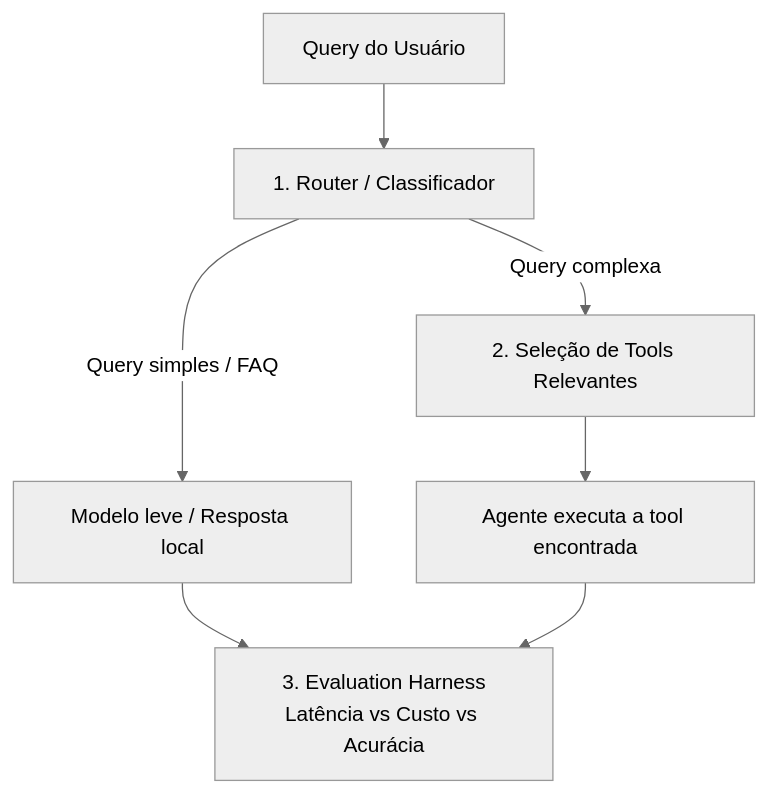
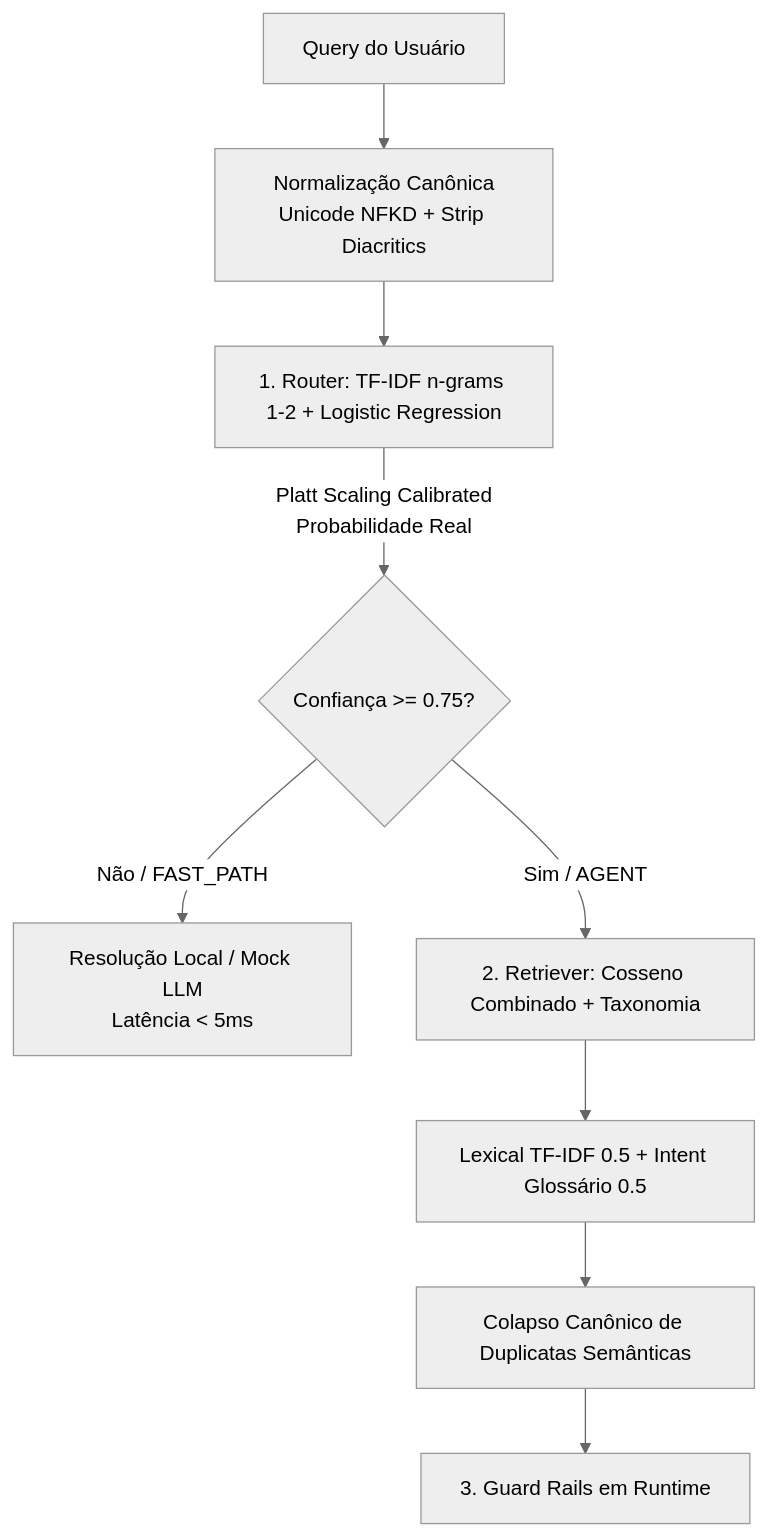
One commit to issei/case-agents changed the first of 3 diagrams in README.md. Above: the diagram before and after it, drawn with Mermaid (neutral theme). The commit also changed other lines of this file and 1 other file, not shown here.

````diff
--- a/README.md
+++ b/README.md
@@ -25,9 +70,13 @@
 ```mermaid
 flowchart TD
-    A[Query do Usuário] --> B[1. Router / Classificador]
-    B -->|Query simples / FAQ| C[Modelo leve / Resposta local]
-    B -->|Query complexa| D[2. Seleção de Tools Relevantes]
-    D --> E[Agente executa a tool encontrada]
-    C --> F[3. Evaluation Harness<br/>Latência vs Custo vs Acurácia]
-    E --> F
+    Q[Query do Usuário] --> N[Normalização Canônica<br/>Unicode NFKD + Strip Diacritics]
+    N --> R[1. Router: TF-IDF n-grams 1-2 + Logistic Regression]
+    R -->|Platt Scaling Calibrated<br/>Probabilidade Real| C{Confiança >= 0.75?}
+
+    C -->|Não / FAST_PATH| FP[Resolução Local / Mock LLM<br/>Latência < 5ms]
+    C -->|Sim / AGENT| RET[2. Retriever: Cosseno Combinado + Taxonomia]
+
+    RET --> M[Lexical TF-IDF 0.5 + Intent Glossário 0.5]
+    M --> CC[Colapso Canônico de Duplicatas Semânticas]
+    CC --> G[3. Guard Rails em Runtime]
 ```
````
